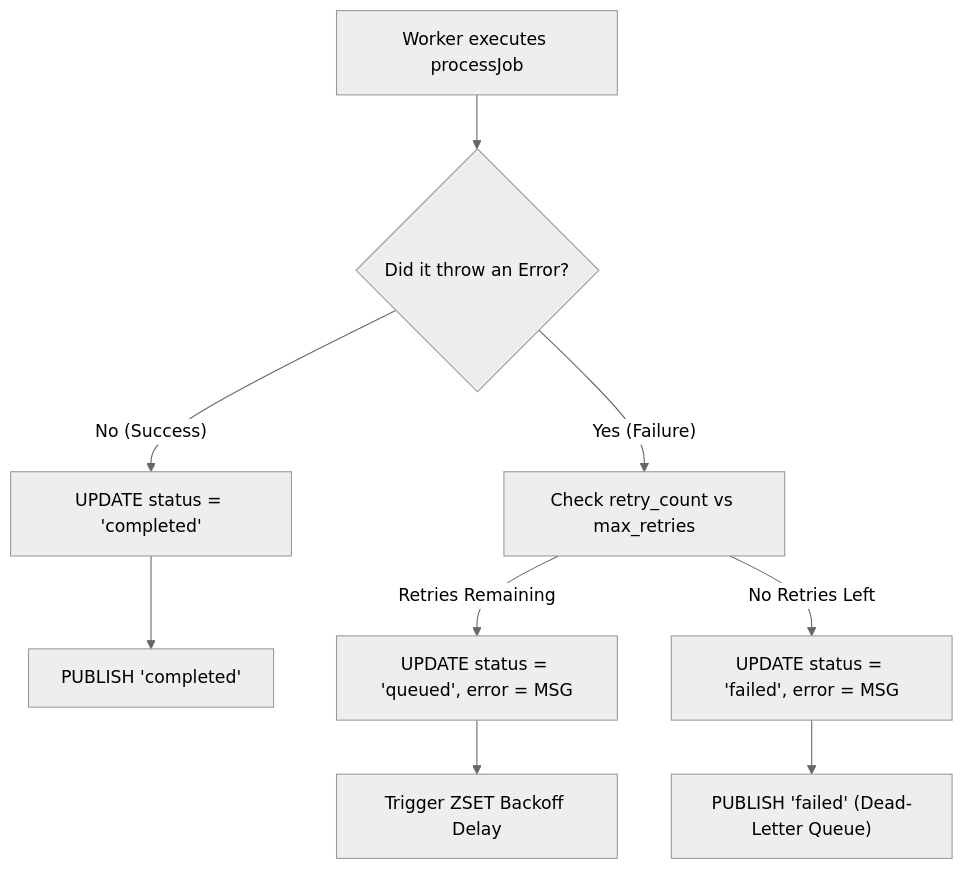
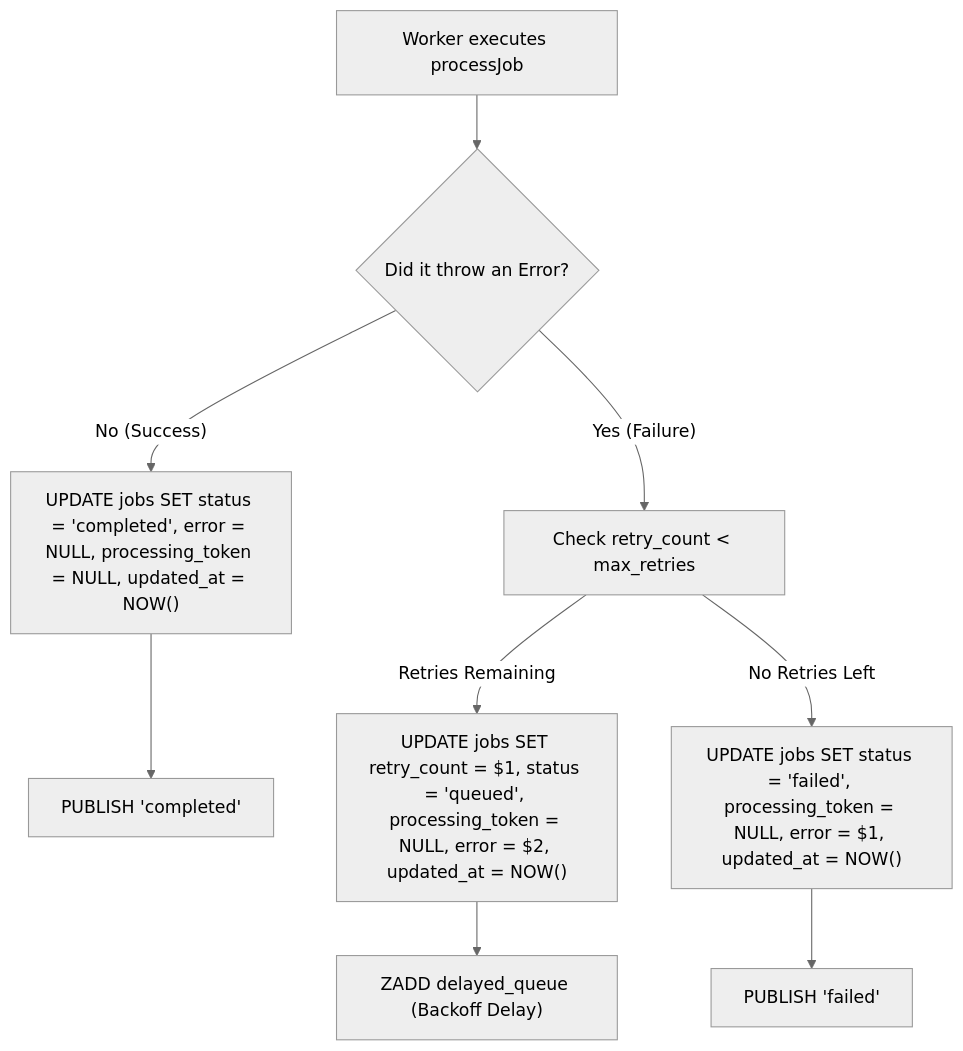
Before and after one commit to Aryns293/QueueFlow-prep: the fifth of 9 diagrams in flow/1. End-To-End-Architecture-Flow.md, drawn with Mermaid (neutral theme). The commit also changed other lines of this file, not shown here.

Commit message:
Fix technical discrepancies in Architecture Flow diagrams and SQL logic

````diff
--- a/flow/1. End-To-End-Architecture-Flow.md
+++ b/flow/1. End-To-End-Architecture-Flow.md
@@ -232,15 +233,15 @@
 ```mermaid
 graph TD
     A["Worker executes processJob"] --> B{"Did it throw an Error?"}
     
-    B -- "No (Success)" --> C["UPDATE status = 'completed'"]
+    B -- "No (Success)" --> C["UPDATE jobs SET status = 'completed', error = NULL, processing_token = NULL, updated_at = NOW()"]
     C --> D["PUBLISH 'completed'"]
     
-    B -- "Yes (Failure)" --> E["Check retry_count vs max_retries"]
+    B -- "Yes (Failure)" --> E["Check retry_count < max_retries"]
     
-    E -- "Retries Remaining" --> F["UPDATE status = 'queued', error = MSG"]
-    F --> G["Trigger ZSET Backoff Delay"]
+    E -- "Retries Remaining" --> F["UPDATE jobs SET retry_count = $1, status = 'queued', processing_token = NULL, error = $2, updated_at = NOW()"]
+    F --> G["ZADD delayed_queue (Backoff Delay)"]
     
-    E -- "No Retries Left" --> H["UPDATE status = 'failed', error = MSG"]
-    H --> I["PUBLISH 'failed' (Dead-Letter Queue)"]
+    E -- "No Retries Left" --> H["UPDATE jobs SET status = 'failed', processing_token = NULL, error = $1, updated_at = NOW()"]
+    H --> I["PUBLISH 'failed'"]
 ```
````
